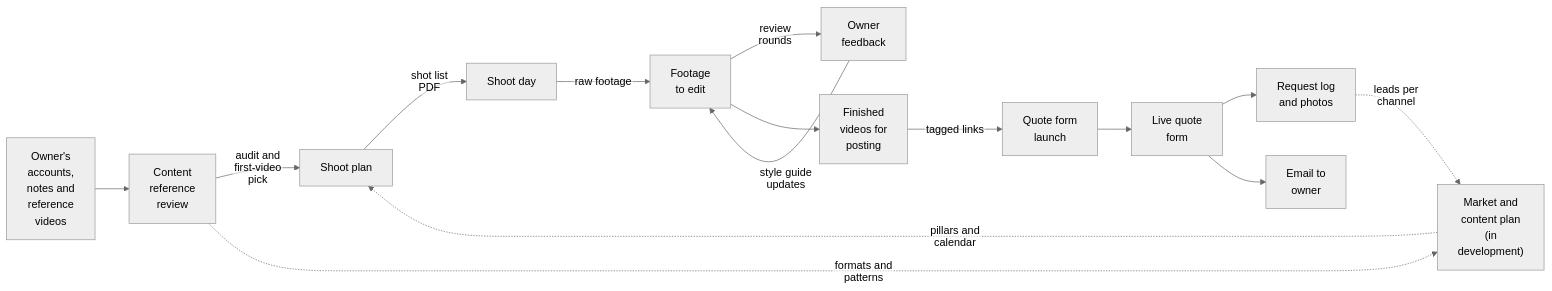
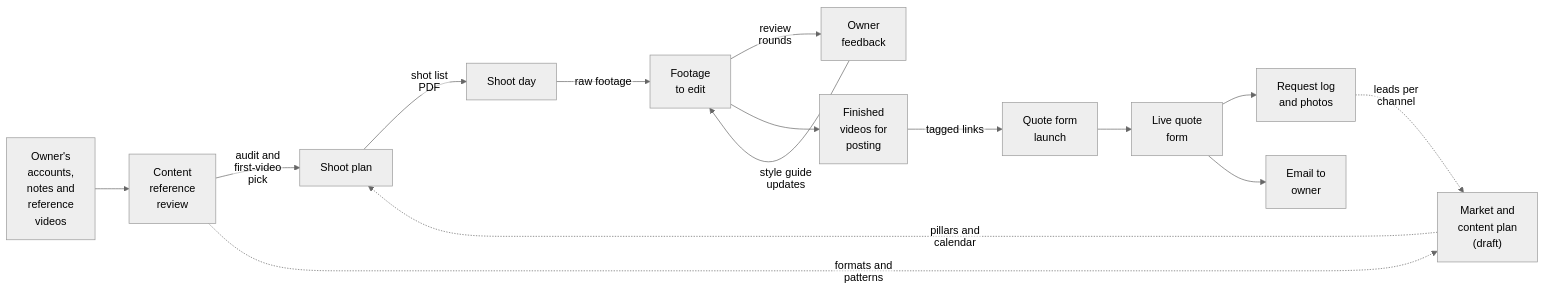
Before and after one commit to wilshem/portfolio: the diagram in projects/small-business-ai-skills/README.md, drawn with Mermaid (neutral theme). The commit also changed other lines of this file and 3 other files, not shown here.

````diff
--- a/projects/small-business-ai-skills/README.md
+++ b/projects/small-business-ai-skills/README.md
@@ -40,18 +41,18 @@
 ```mermaid
 %%{init: {"flowchart": {"htmlLabels": false}}}%%
 flowchart LR
     IN["Owner's<br/>accounts,<br/>notes and<br/>reference<br/>videos"] --> CRR["Content<br/>reference<br/>review"]
     CRR -->|"audit and<br/>first-video<br/>pick"| SP["Shoot plan"]
-    CRR -.->|"formats and<br/>patterns"| MCP["Market and<br/>content plan<br/>(in<br/>development)"]
+    CRR -.->|"formats and<br/>patterns"| MCP["Market and<br/>content plan<br/>(draft)"]
     MCP -.->|"pillars and<br/>calendar"| SP
     SP -->|"shot list<br/>PDF"| SHOOT["Shoot day"]
     SHOOT -->|"raw footage"| FTE["Footage<br/>to edit"]
     FTE -->|"review<br/>rounds"| OWNER["Owner<br/>feedback"]
     OWNER -->|"style guide<br/>updates"| FTE
     FTE --> POST["Finished<br/>videos for<br/>posting"]
     POST -->|"tagged links"| QFL["Quote form<br/>launch"]
     QFL --> FORM["Live quote<br/>form"]
     FORM --> SHEET["Request log<br/>and photos"]
     FORM --> EMAIL["Email to<br/>owner"]
     SHEET -.->|"leads per<br/>channel"| MCP
 ```
````
